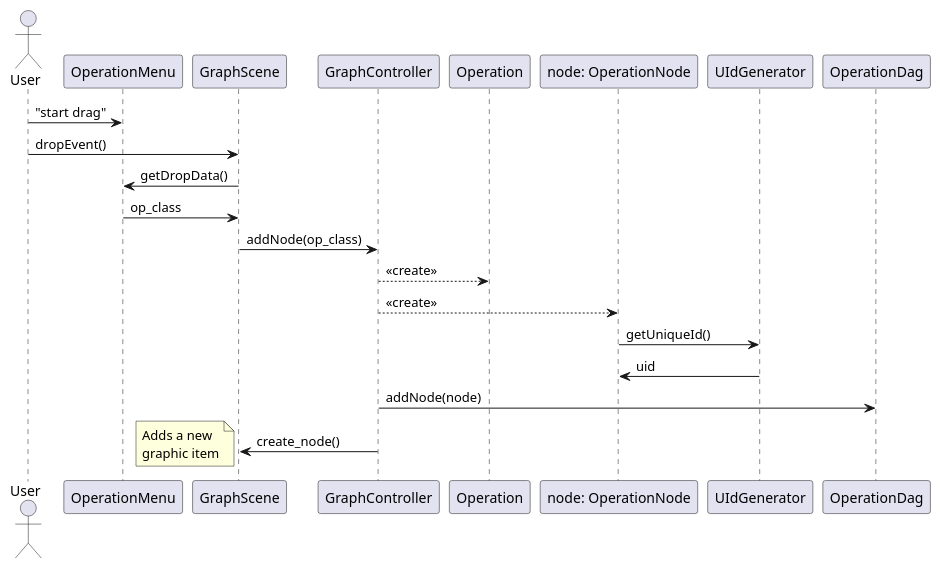
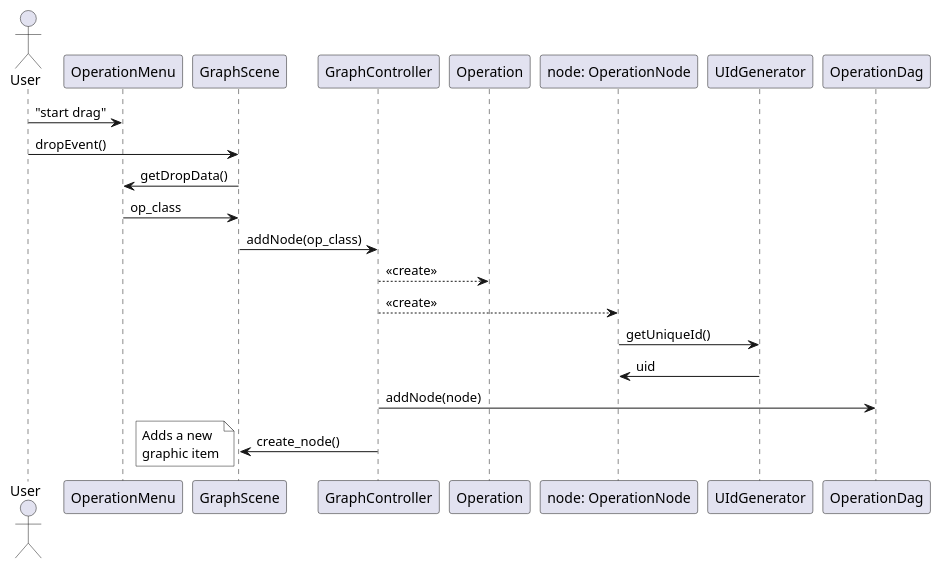
One commit to alezanga/dataMole changed the first of 7 diagrams in uml/controller.puml. Above: the diagram before and after it, drawn with PlantUML. The commit also changed other lines of this file and 4 other files, not shown here.

Commit message:
uml edited

```diff
--- a/uml/controller.puml
+++ b/uml/controller.puml
@@ -1,18 +1,18 @@
 @startuml operation_add
 
 actor User
 
 User -> OperationMenu: "start drag"
 User -> GraphScene: dropEvent()
 GraphScene -> OperationMenu: getDropData()
 GraphScene <- OperationMenu: op_class
 GraphScene -> GraphController: addNode(op_class)
 GraphController --> Operation: <<create>>
 GraphController --> "node: OperationNode": <<create>>
 "node: OperationNode" -> UIdGenerator: getUniqueId()
 "node: OperationNode" <- UIdGenerator: uid
 GraphController -> OperationDag: addNode(node)
 GraphController -> GraphScene: create_node()
-note left: Adds a new\ngraphic item
+note left #White: Adds a new\ngraphic item
 
 @enduml
```
